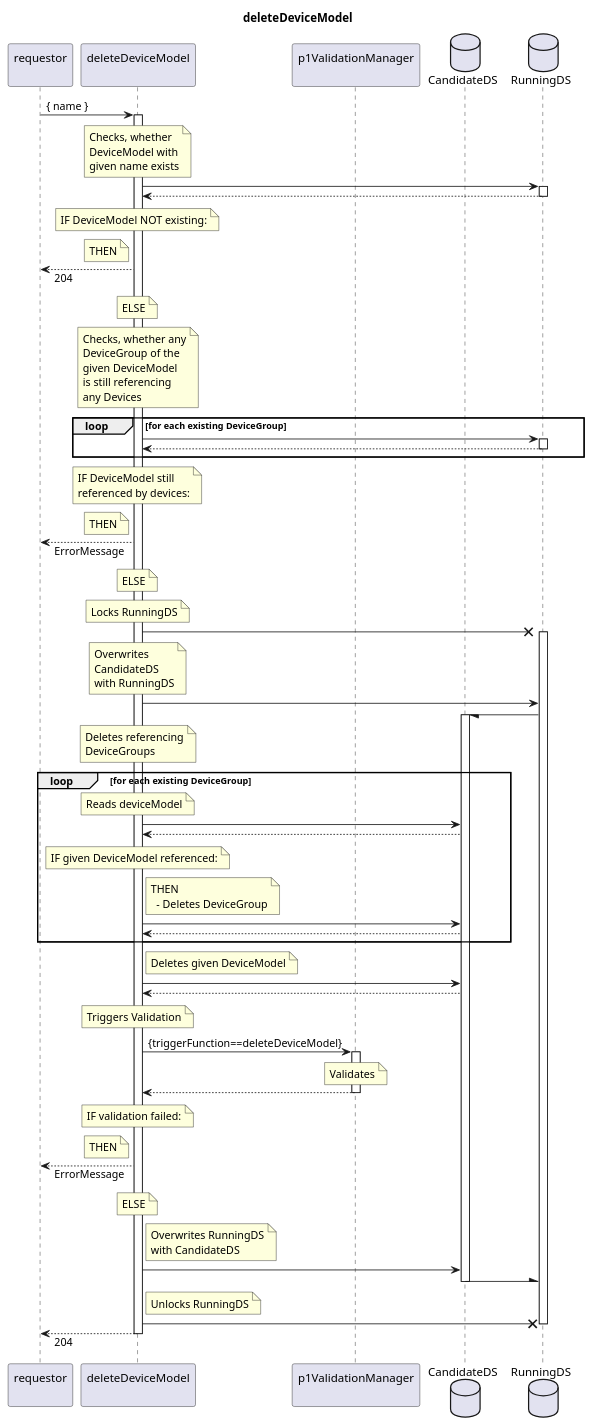
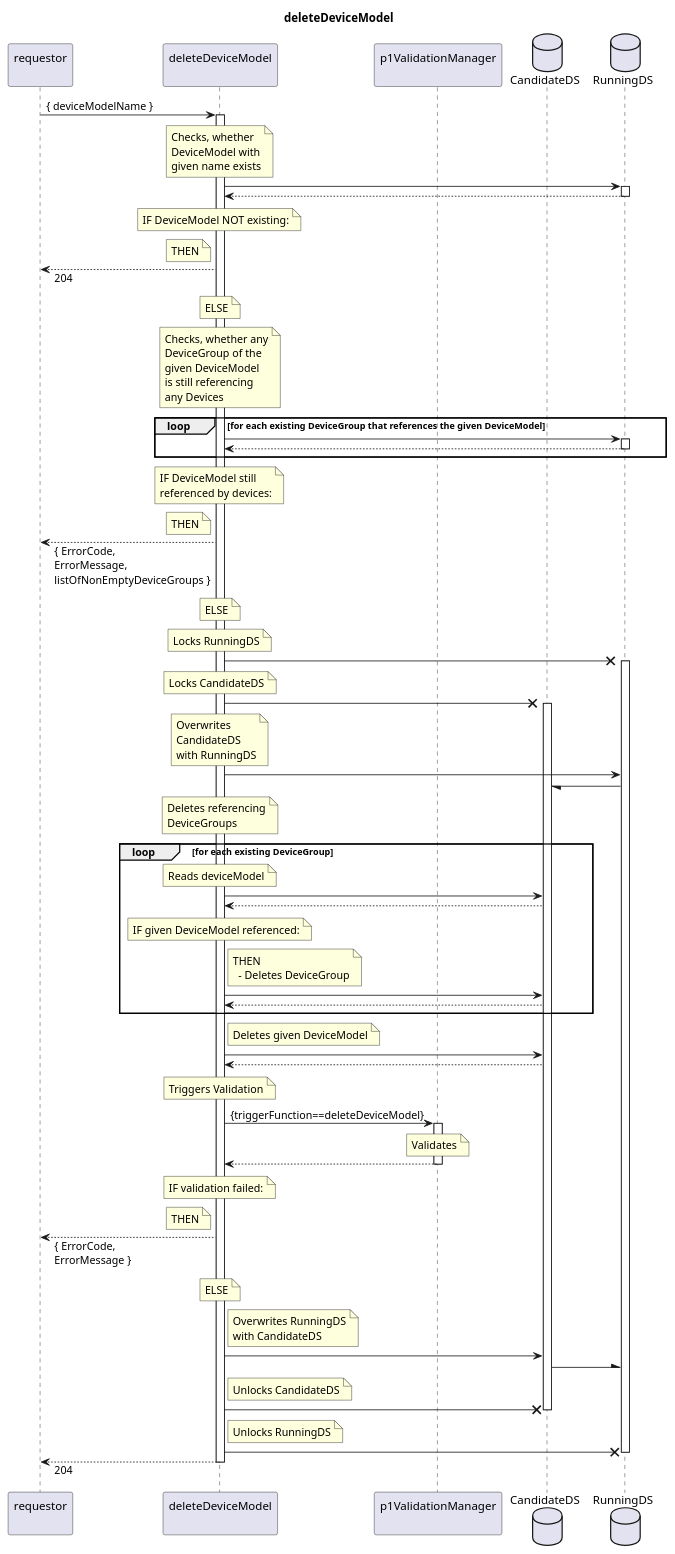
The diagram in spec/Services/deleteDeviceModel/1.0.0/deleteDeviceModel.plantuml (openBackhaul/FirmWareManager), drawn with PlantUML before and after one commit. The commit also changed 17 other files, not shown here.

```diff
--- a/spec/Services/deleteDeviceModel/1.0.0/deleteDeviceModel.plantuml
+++ b/spec/Services/deleteDeviceModel/1.0.0/deleteDeviceModel.plantuml
@@ -1,143 +1,149 @@
 @startuml deleteDeviceModel
 skinparam responseMessageBelowArrow true
 
 title
   deleteDeviceModel
 end title
 
 participant "requestor\n" as requestor
 participant "deleteDeviceModel\n" as delDevMod
 participant "p1ValidationManager\n" as valiMan
 database "CandidateDS" as CanDS
 database "RunningDS" as RunDS
 
-requestor -> delDevMod: { name }
+requestor -> delDevMod: { deviceModelName }
 activate delDevMod
 
   note over delDevMod
     Checks, whether
     DeviceModel with
     given name exists
   end note
   delDevMod -> RunDS
   activate RunDS
   delDevMod <-- RunDS
   deactivate RunDS
   note over delDevMod
     IF DeviceModel NOT existing:
   end note
   note left delDevMod
     THEN
   end note
   requestor <-- delDevMod: 204
   note over delDevMod
     ELSE
   end note
 
   note over delDevMod
     Checks, whether any
-    DeviceGroup of the 
+    DeviceGroup of the
     given DeviceModel
     is still referencing
     any Devices
   end note
-  loop for each existing DeviceGroup
+  loop for each existing DeviceGroup that references the given DeviceModel
     delDevMod -> RunDS
     activate RunDS
     delDevMod <-- RunDS
     deactivate RunDS
   end loop
   note over delDevMod
     IF DeviceModel still
     referenced by devices:
   end note
   note left delDevMod
     THEN
   end note
-  requestor <-- delDevMod: ErrorMessage
+  requestor <-- delDevMod: { ErrorCode,\nErrorMessage,\nlistOfNonEmptyDeviceGroups }
   note over delDevMod
     ELSE
   end note
 
   note over delDevMod
     Locks RunningDS
   end note
   delDevMod -X RunDS
   activate RunDS
-
+  note over delDevMod
+    Locks CandidateDS
+  end note
+  delDevMod -X CanDS
+  activate CanDS
   note over delDevMod
     Overwrites
     CandidateDS
     with RunningDS
   end note
   delDevMod -> RunDS
   RunDS -/ CanDS
-  activate CanDS
 
   note over delDevMod
     Deletes referencing
     DeviceGroups
   end note
   loop for each existing DeviceGroup
     note over delDevMod
       Reads deviceModel
     end note
     delDevMod -> CanDS
     delDevMod <-- CanDS
     note over delDevMod
       IF given DeviceModel referenced:
     end note
     note right delDevMod
       THEN
         - Deletes DeviceGroup
     end note
     delDevMod -> CanDS
     delDevMod <-- CanDS
   end loop
 
   note right delDevMod
     Deletes given DeviceModel
   end note
   delDevMod -> CanDS
   delDevMod <-- CanDS
 
   note over delDevMod
     Triggers Validation
   end note
   delDevMod -> valiMan: {triggerFunction==deleteDeviceModel}
   activate valiMan
     note over valiMan
       Validates
     end note
   delDevMod <-- valiMan
   deactivate valiMan
   note over delDevMod
     IF validation failed:
   end note
   note left delDevMod
     THEN
   end note
-  requestor <-- delDevMod: ErrorMessage
+  requestor <-- delDevMod: { ErrorCode,\nErrorMessage }
   note over delDevMod
     ELSE
   end note
 
   note right delDevMod
     Overwrites RunningDS
     with CandidateDS
   end note
   delDevMod -> CanDS
   CanDS -\ RunDS
+  note right delDevMod
+    Unlocks CandidateDS
+  end note
+  delDevMod -X CanDS
   deactivate CanDS
-
   note right delDevMod
     Unlocks RunningDS
   end note
   delDevMod -X RunDS
   deactivate RunDS
 
   requestor <-- delDevMod: 204
 
 deactivate delDevMod
 
 @enduml
```
